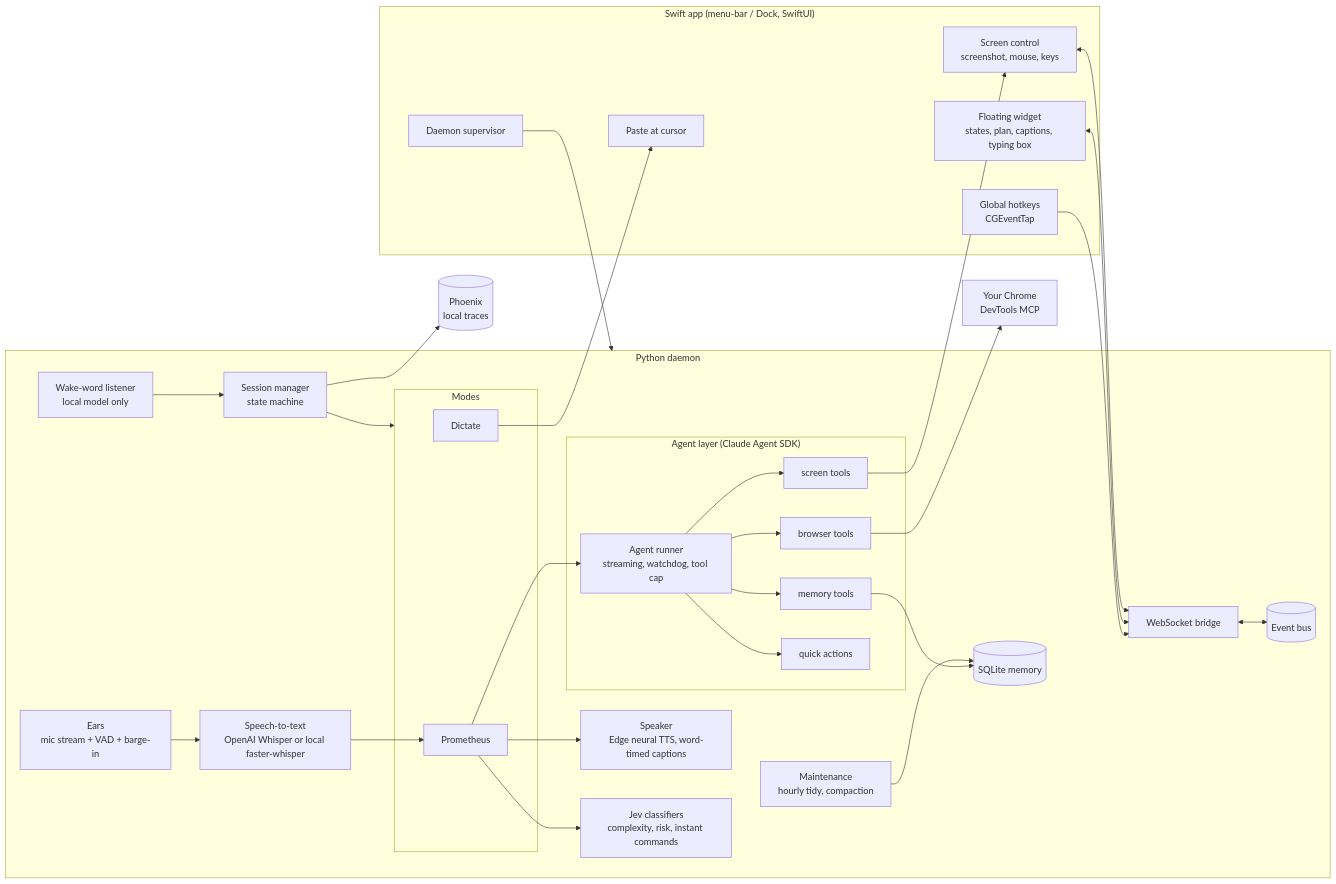
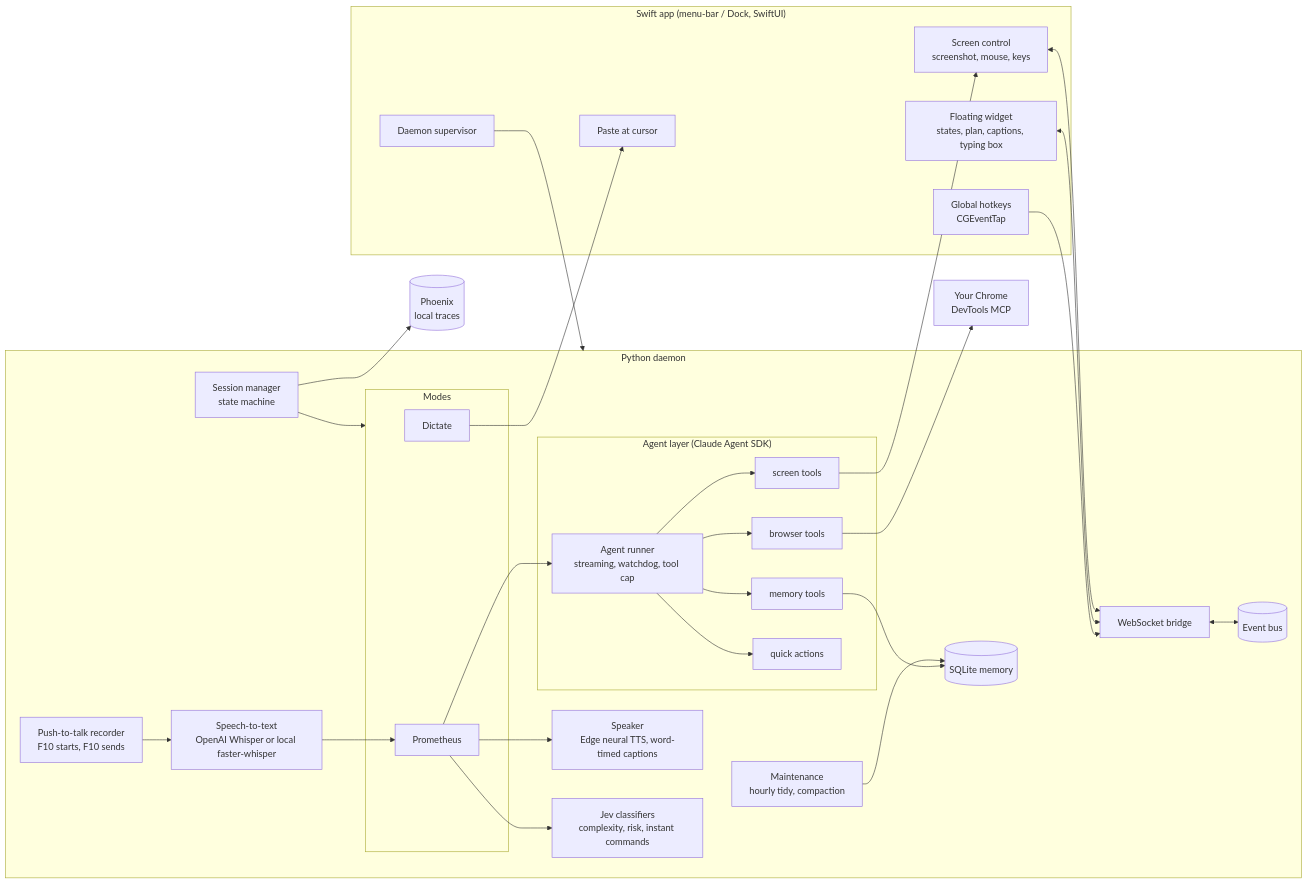
One commit to siddh30/prometheus-voice-control changed the first of 2 diagrams in README.md. Above: the diagram before and after it, drawn with Mermaid. The commit also changed other lines of this file and 44 other files, not shown here.

First line of the commit message:
Push-to-talk Prometheus: F10 records, F10 sends; no wake word, no always-on listening

````diff
--- a/README.md
+++ b/README.md
@@ -51,56 +51,54 @@
 ```mermaid
 flowchart LR
     subgraph App["Swift app (menu-bar / Dock, SwiftUI)"]
         HK[Global hotkeys<br/>CGEventTap]
         UI[Floating widget<br/>states, plan, captions, typing box]
         SC[Screen control<br/>screenshot, mouse, keys]
         PASTE[Paste at cursor]
         SUP[Daemon supervisor]
     end
 
     subgraph Daemon["Python daemon"]
         BUS[(Event bus)]
         WS[WebSocket bridge]
         SM[Session manager<br/>state machine]
-        EARS[Ears<br/>mic stream + VAD + barge-in]
+        REC[Push-to-talk recorder<br/>F10 starts, F10 sends]
         STT[Speech-to-text<br/>OpenAI Whisper or local faster-whisper]
         TTS[Speaker<br/>Edge neural TTS, word-timed captions]
-        WAKE[Wake-word listener<br/>local model only]
         subgraph Modes
             DICT[Dictate]
             PROM[Prometheus]
         end
         subgraph AgentLayer["Agent layer (Claude Agent SDK)"]
             RUN[Agent runner<br/>streaming, watchdog, tool cap]
             BT[browser tools]
             ST[screen tools]
             MT[memory tools]
             AT[quick actions]
         end
         MEM[(SQLite memory)]
         MAINT[Maintenance<br/>hourly tidy, compaction]
         JEV[Jev classifiers<br/>complexity, risk, instant commands]
     end
 
     CH[Your Chrome<br/>DevTools MCP]
     PH[(Phoenix<br/>local traces)]
 
     HK --> WS
     WS <--> BUS
     UI <--> WS
     SC <--> WS
     SUP --> Daemon
     SM --> Modes
-    EARS --> STT --> PROM
-    WAKE --> SM
+    REC --> STT --> PROM
     PROM --> JEV
     PROM --> RUN
     RUN --> BT --> CH
     RUN --> ST --> SC
     RUN --> MT --> MEM
     RUN --> AT
     PROM --> TTS
     DICT --> PASTE
     MAINT --> MEM
     SM --> PH
 ```
````
